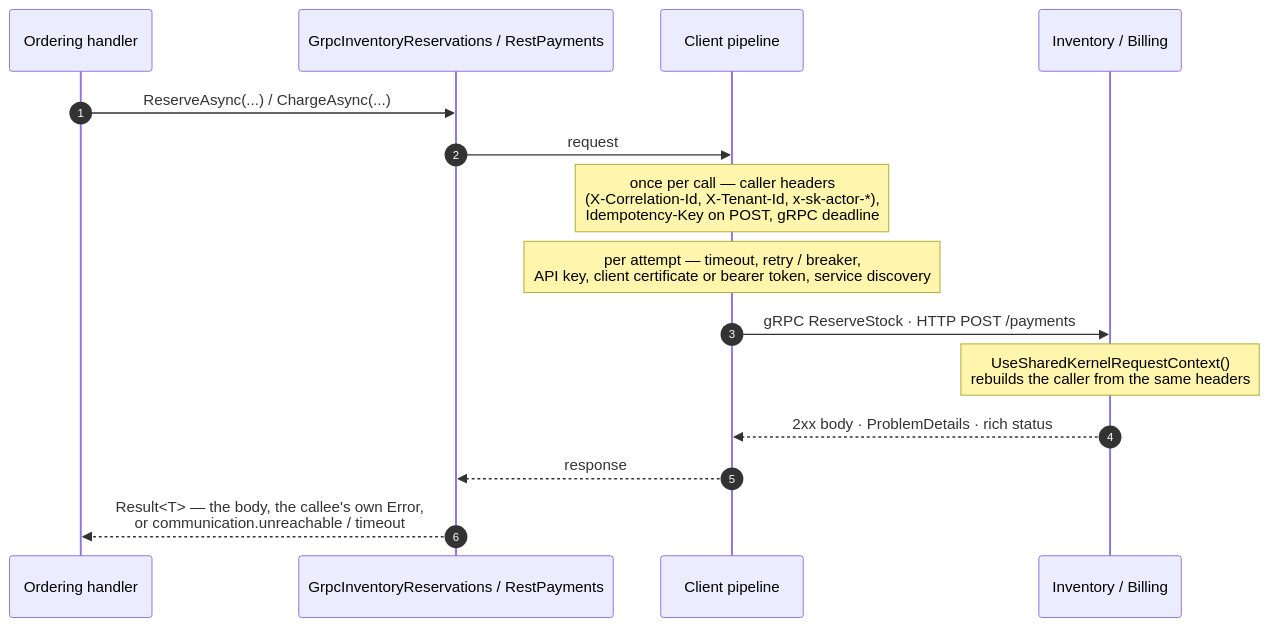
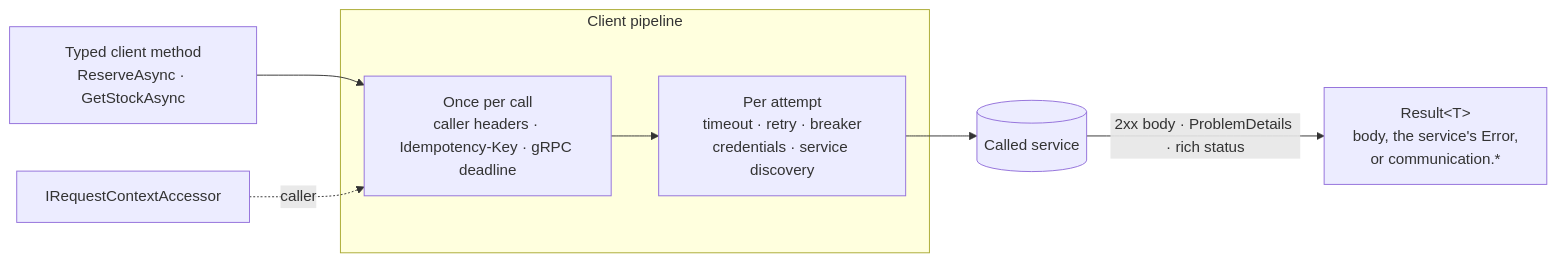
One commit to Gresta-Vertex-Labs/platform-shared-kernel changed the diagram in src/Infrastructure/Communication/README.md. Above: the diagram before and after it, drawn with Mermaid. The commit also changed other lines of this file and 228 other files, not shown here.

````diff
--- a/src/Infrastructure/Communication/README.md
+++ b/src/Infrastructure/Communication/README.md
@@ -55,17 +55,13 @@
 ```mermaid
-sequenceDiagram
-    autonumber
-    participant H as Ordering handler
-    participant C as GrpcInventoryReservations / RestPayments
-    participant P as Client pipeline
-    participant I as Inventory / Billing
-    H->>C: ReserveAsync(...) / ChargeAsync(...)
-    C->>P: request
-    Note over P: once per call — caller headers<br/>(X-Correlation-Id, X-Tenant-Id, x-sk-actor-*),<br/>Idempotency-Key on POST, gRPC deadline
-    Note over P: per attempt — timeout, retry / breaker,<br/>API key, client certificate or bearer token, service discovery
-    P->>I: gRPC ReserveStock · HTTP POST /payments
-    Note over I: UseSharedKernelRequestContext()<br/>rebuilds the caller from the same headers
-    I-->>P: 2xx body · ProblemDetails · rich status
-    P-->>C: response
-    C-->>H: Result<T> — the body, the callee's own Error,<br/>or communication.unreachable / timeout
+flowchart LR
+    H["Typed client method<br/>ReserveAsync · GetStockAsync"]
+    subgraph Pipe["Client pipeline"]
+        Once["Once per call<br/>caller headers · Idempotency-Key · gRPC deadline"]
+        Attempt["Per attempt<br/>timeout · retry · breaker<br/>credentials · service discovery"]
+    end
+    Ctx["IRequestContextAccessor"]
+    Svc[("Called service")]
+    H --> Once --> Attempt --> Svc
+    Ctx -. caller .-> Once
+    Svc -->|"2xx body · ProblemDetails · rich status"| R["Result&lt;T&gt;<br/>body, the service's Error,<br/>or communication.*"]
 ```
````
